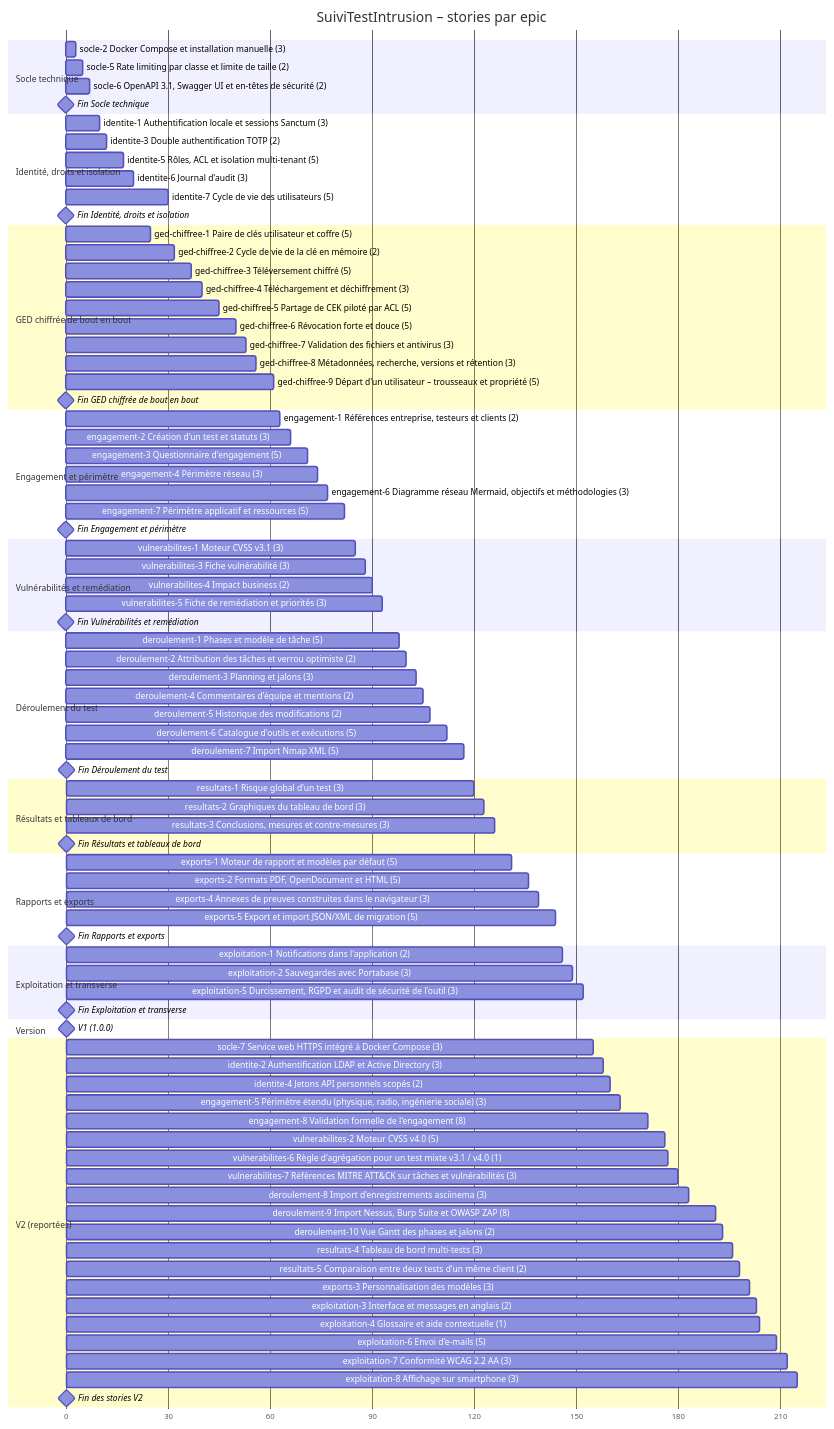
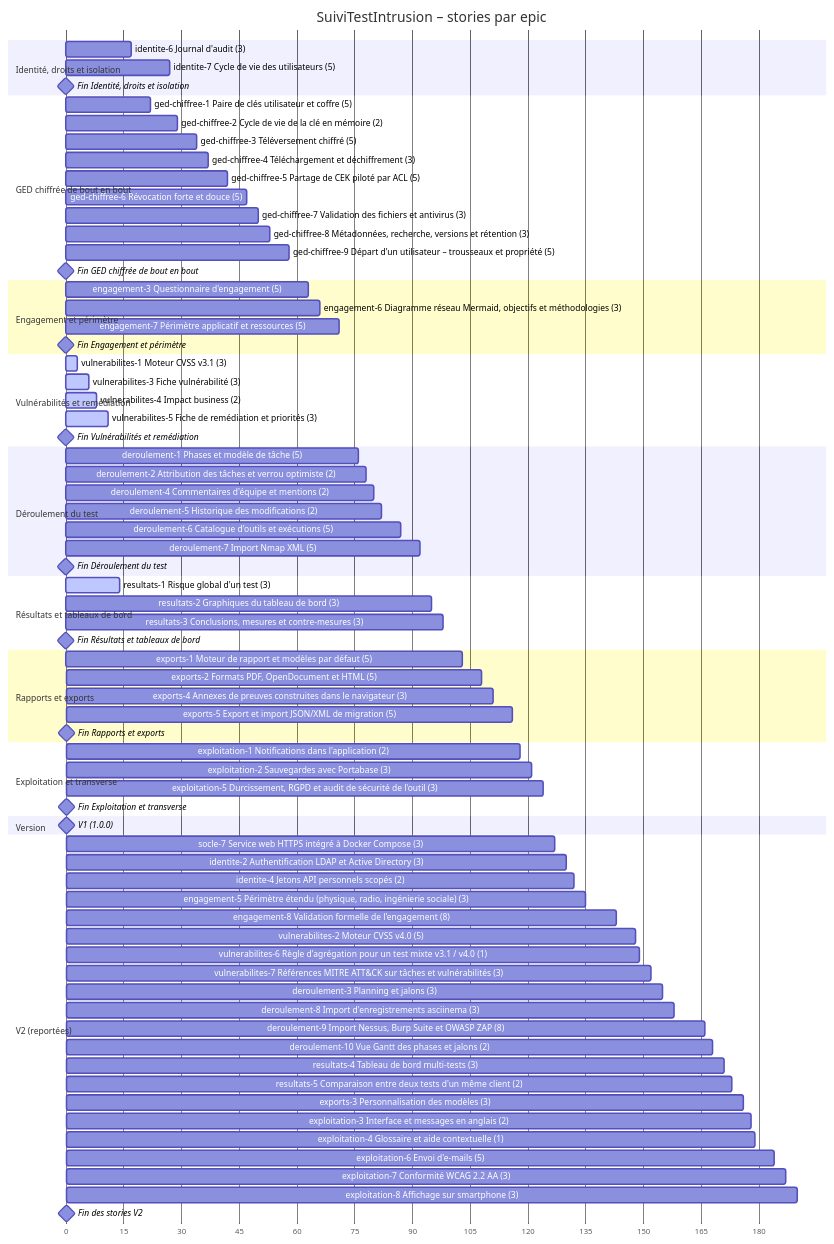
One commit to ILPlais/SuiviTestIntrusion changed the second of 2 diagrams in docs/20-29 Développement/22 Planification/22.01 Planification du développement.md. Above: the diagram before and after it, drawn with Mermaid. The commit also changed other lines of this file and 4 other files, not shown here.

````diff
--- a/docs/20-29 Développement/22 Planification/22.01 Planification du développement.md
+++ b/docs/20-29 Développement/22 Planification/22.01 Planification du développement.md
@@ -75,89 +74,78 @@
     title SuiviTestIntrusion – stories par epic
     dateFormat X
     axisFormat %s
-    section Socle technique
-    socle-2 Docker Compose et installation manuelle (3) :socle_2, 0, 3
-    socle-5 Rate limiting par classe et limite de taille (2) :socle_5, 3, 5
-    socle-6 OpenAPI 3.1, Swagger UI et en-têtes de sécurité (2) :socle_6, 5, 7
-    Fin Socle technique :milestone, m_socle, 7, 0d
     section Identité, droits et isolation
-    identite-1 Authentification locale et sessions Sanctum (3) :identite_1, 7, 10
-    identite-3 Double authentification TOTP (2) :identite_3, 10, 12
-    identite-5 Rôles, ACL et isolation multi-tenant (5) :identite_5, 12, 17
-    identite-6 Journal d'audit (3) :identite_6, 17, 20
-    identite-7 Cycle de vie des utilisateurs (5) :identite_7, 25, 30
-    Fin Identité, droits et isolation :milestone, m_identite, 30, 0d
+    identite-6 Journal d'audit (3) :identite_6, 14, 17
+    identite-7 Cycle de vie des utilisateurs (5) :identite_7, 22, 27
+    Fin Identité, droits et isolation :milestone, m_identite, 27, 0d
     section GED chiffrée de bout en bout
-    ged-chiffree-1 Paire de clés utilisateur et coffre (5) :ged_chiffree_1, 20, 25
-    ged-chiffree-2 Cycle de vie de la clé en mémoire (2) :ged_chiffree_2, 30, 32
-    ged-chiffree-3 Téléversement chiffré (5) :ged_chiffree_3, 32, 37
-    ged-chiffree-4 Téléchargement et déchiffrement (3) :ged_chiffree_4, 37, 40
-    ged-chiffree-5 Partage de CEK piloté par ACL (5) :ged_chiffree_5, 40, 45
-    ged-chiffree-6 Révocation forte et douce (5) :ged_chiffree_6, 45, 50
-    ged-chiffree-7 Validation des fichiers et antivirus (3) :ged_chiffree_7, 50, 53
-    ged-chiffree-8 Métadonnées, recherche, versions et rétention (3) :ged_chiffree_8, 53, 56
-    ged-chiffree-9 Départ d'un utilisateur – trousseaux et propriété (5) :ged_chiffree_9, 56, 61
-    Fin GED chiffrée de bout en bout :milestone, m_ged_chiffree, 61, 0d
+    ged-chiffree-1 Paire de clés utilisateur et coffre (5) :ged_chiffree_1, 17, 22
+    ged-chiffree-2 Cycle de vie de la clé en mémoire (2) :ged_chiffree_2, 27, 29
+    ged-chiffree-3 Téléversement chiffré (5) :ged_chiffree_3, 29, 34
+    ged-chiffree-4 Téléchargement et déchiffrement (3) :ged_chiffree_4, 34, 37
+    ged-chiffree-5 Partage de CEK piloté par ACL (5) :ged_chiffree_5, 37, 42
+    ged-chiffree-6 Révocation forte et douce (5) :ged_chiffree_6, 42, 47
+    ged-chiffree-7 Validation des fichiers et antivirus (3) :ged_chiffree_7, 47, 50
+    ged-chiffree-8 Métadonnées, recherche, versions et rétention (3) :ged_chiffree_8, 50, 53
+    ged-chiffree-9 Départ d'un utilisateur  – trousseaux et propriété (5) :ged_chiffree_9, 53, 58
+    Fin GED chiffrée de bout en bout :milestone, m_ged_chiffree, 58, 0d
     section Engagement et périmètre
-    engagement-1 Références entreprise, testeurs et clients (2) :engagement_1, 61, 63
-    engagement-2 Création d'un test et statuts (3) :engagement_2, 63, 66
-    engagement-3 Questionnaire d'engagement (5) :engagement_3, 66, 71
-    engagement-4 Périmètre réseau (3) :engagement_4, 71, 74
-    engagement-6 Diagramme réseau Mermaid, objectifs et méthodologies (3) :engagement_6, 74, 77
-    engagement-7 Périmètre applicatif et ressources (5) :engagement_7, 77, 82
-    Fin Engagement et périmètre :milestone, m_engagement, 82, 0d
+    engagement-3 Questionnaire d'engagement (5) :engagement_3, 58, 63
+    engagement-6 Diagramme réseau Mermaid, objectifs et méthodologies (3) :engagement_6, 63, 66
+    engagement-7 Périmètre applicatif et ressources (5) :engagement_7, 66, 71
+    Fin Engagement et périmètre :milestone, m_engagement, 71, 0d
     section Vulnérabilités et remédiation
-    vulnerabilites-1 Moteur CVSS v3.1 (3) :vulnerabilites_1, 82, 85
-    vulnerabilites-3 Fiche vulnérabilité (3) :vulnerabilites_3, 85, 88
-    vulnerabilites-4 Impact business (2) :vulnerabilites_4, 88, 90
-    vulnerabilites-5 Fiche de remédiation et priorités (3) :vulnerabilites_5, 90, 93
-    Fin Vulnérabilités et remédiation :milestone, m_vulnerabilites, 93, 0d
+    vulnerabilites-1 Moteur CVSS v3.1 (3) :active, vulnerabilites_1, 0, 3
+    vulnerabilites-3 Fiche vulnérabilité (3) :active, vulnerabilites_3, 3, 6
+    vulnerabilites-4 Impact business (2) :active, vulnerabilites_4, 6, 8
+    vulnerabilites-5 Fiche de remédiation et priorités (3) :active, vulnerabilites_5, 8, 11
+    Fin Vulnérabilités et remédiation :milestone, m_vulnerabilites, 11, 0d
     section Déroulement du test
-    deroulement-1 Phases et modèle de tâche (5) :deroulement_1, 93, 98
-    deroulement-2 Attribution des tâches et verrou optimiste (2) :deroulement_2, 98, 100
-    deroulement-3 Planning et jalons (3) :deroulement_3, 100, 103
-    deroulement-4 Commentaires d'équipe et mentions (2) :deroulement_4, 103, 105
-    deroulement-5 Historique des modifications (2) :deroulement_5, 105, 107
-    deroulement-6 Catalogue d'outils et exécutions (5) :deroulement_6, 107, 112
-    deroulement-7 Import Nmap XML (5) :deroulement_7, 112, 117
-    Fin Déroulement du test :milestone, m_deroulement, 117, 0d
+    deroulement-1 Phases et modèle de tâche (5) :deroulement_1, 71, 76
+    deroulement-2 Attribution des tâches et verrou optimiste (2) :deroulement_2, 76, 78
+    deroulement-4 Commentaires d'équipe et mentions (2) :deroulement_4, 78, 80
+    deroulement-5 Historique des modifications (2) :deroulement_5, 80, 82
+    deroulement-6 Catalogue d'outils et exécutions (5) :deroulement_6, 82, 87
+    deroulement-7 Import Nmap XML (5) :deroulement_7, 87, 92
+    Fin Déroulement du test :milestone, m_deroulement, 92, 0d
     section Résultats et tableaux de bord
-    resultats-1 Risque global d'un test (3) :resultats_1, 117, 120
-    resultats-2 Graphiques du tableau de bord (3) :resultats_2, 120, 123
-    resultats-3 Conclusions, mesures et contre-mesures (3) :resultats_3, 123, 126
-    Fin Résultats et tableaux de bord :milestone, m_resultats, 126, 0d
+    resultats-1 Risque global d'un test (3) :active, resultats_1, 11, 14
+    resultats-2 Graphiques du tableau de bord (3) :resultats_2, 92, 95
+    resultats-3 Conclusions, mesures et contre-mesures (3) :resultats_3, 95, 98
+    Fin Résultats et tableaux de bord :milestone, m_resultats, 98, 0d
     section Rapports et exports
-    exports-1 Moteur de rapport et modèles par défaut (5) :exports_1, 126, 131
-    exports-2 Formats PDF, OpenDocument et HTML (5) :exports_2, 131, 136
-    exports-4 Annexes de preuves construites dans le navigateur (3) :exports_4, 136, 139
-    exports-5 Export et import JSON/XML de migration (5) :exports_5, 139, 144
-    Fin Rapports et exports :milestone, m_exports, 144, 0d
+    exports-1 Moteur de rapport et modèles par défaut (5) :exports_1, 98, 103
+    exports-2 Formats PDF, OpenDocument et HTML (5) :exports_2, 103, 108
+    exports-4 Annexes de preuves construites dans le navigateur (3) :exports_4, 108, 111
+    exports-5 Export et import JSON/XML de migration (5) :exports_5, 111, 116
+    Fin Rapports et exports :milestone, m_exports, 116, 0d
     section Exploitation et transverse
-    exploitation-1 Notifications dans l'application (2) :exploitation_1, 144, 146
-    exploitation-2 Sauvegardes avec Portabase (3) :exploitation_2, 146, 149
-    exploitation-5 Durcissement, RGPD et audit de sécurité de l'outil (3) :exploitation_5, 149, 152
-    Fin Exploitation et transverse :milestone, m_exploitation, 152, 0d
+    exploitation-1 Notifications dans l'application (2) :exploitation_1, 116, 118
+    exploitation-2 Sauvegardes avec Portabase (3) :exploitation_2, 118, 121
+    exploitation-5 Durcissement, RGPD et audit de sécurité de l'outil (3) :exploitation_5, 121, 124
+    Fin Exploitation et transverse :milestone, m_exploitation, 124, 0d
     section Version
-    V1 (1.0.0) :milestone, v1d, 152, 0d
+    V1 (1.0.0) :milestone, v1d, 124, 0d
     section V2 (reportées)
-    socle-7 Service web HTTPS intégré à Docker Compose (3) :socle_7, 152, 155
-    identite-2 Authentification LDAP et Active Directory (3) :identite_2, 155, 158
-    identite-4 Jetons API personnels scopés (2) :identite_4, 158, 160
-    engagement-5 Périmètre étendu (physique, radio, ingénierie sociale) (3) :engagement_5, 160, 163
-    engagement-8 Validation formelle de l'engagement (8) :engagement_8, 163, 171
-    vulnerabilites-2 Moteur CVSS v4.0 (5) :vulnerabilites_2, 171, 176
-    vulnerabilites-6 Règle d'agrégation pour un test mixte v3.1 / v4.0 (1) :vulnerabilites_6, 176, 177
-    vulnerabilites-7 Références MITRE ATT&CK sur tâches et vulnérabilités (3) :vulnerabilites_7, 177, 180
-    deroulement-8 Import d'enregistrements asciinema (3) :deroulement_8, 180, 183
-    deroulement-9 Import Nessus, Burp Suite et OWASP ZAP (8) :deroulement_9, 183, 191
-    deroulement-10 Vue Gantt des phases et jalons (2) :deroulement_10, 191, 193
-    resultats-4 Tableau de bord multi-tests (3) :resultats_4, 193, 196
-    resultats-5 Comparaison entre deux tests d'un même client (2) :resultats_5, 196, 198
-    exports-3 Personnalisation des modèles (3) :exports_3, 198, 201
-    exploitation-3 Interface et messages en anglais (2) :exploitation_3, 201, 203
-    exploitation-4 Glossaire et aide contextuelle (1) :exploitation_4, 203, 204
-    exploitation-6 Envoi d'e-mails (5) :exploitation_6, 204, 209
-    exploitation-7 Conformité WCAG 2.2 AA (3) :exploitation_7, 209, 212
-    exploitation-8 Affichage sur smartphone (3) :exploitation_8, 212, 215
-    Fin des stories V2 :milestone, v2d, 215, 0d
+    socle-7 Service web HTTPS intégré à Docker Compose (3) :socle_7, 124, 127
+    identite-2 Authentification LDAP et Active Directory (3) :identite_2, 127, 130
+    identite-4 Jetons API personnels scopés (2) :identite_4, 130, 132
+    engagement-5 Périmètre étendu (physique, radio, ingénierie sociale) (3) :engagement_5, 132, 135
+    engagement-8 Validation formelle de l'engagement (8) :engagement_8, 135, 143
+    vulnerabilites-2 Moteur CVSS v4.0 (5) :vulnerabilites_2, 143, 148
+    vulnerabilites-6 Règle d'agrégation pour un test mixte v3.1 / v4.0 (1) :vulnerabilites_6, 148, 149
+    vulnerabilites-7 Références MITRE ATT&CK sur tâches et vulnérabilités (3) :vulnerabilites_7, 149, 152
+    deroulement-3 Planning et jalons (3) :deroulement_3, 152, 155
+    deroulement-8 Import d'enregistrements asciinema (3) :deroulement_8, 155, 158
+    deroulement-9 Import Nessus, Burp Suite et OWASP ZAP (8) :deroulement_9, 158, 166
+    deroulement-10 Vue Gantt des phases et jalons (2) :deroulement_10, 166, 168
+    resultats-4 Tableau de bord multi-tests (3) :resultats_4, 168, 171
+    resultats-5 Comparaison entre deux tests d'un même client (2) :resultats_5, 171, 173
+    exports-3 Personnalisation des modèles (3) :exports_3, 173, 176
+    exploitation-3 Interface et messages en anglais (2) :exploitation_3, 176, 178
+    exploitation-4 Glossaire et aide contextuelle (1) :exploitation_4, 178, 179
+    exploitation-6 Envoi d'e-mails (5) :exploitation_6, 179, 184
+    exploitation-7 Conformité WCAG 2.2 AA (3) :exploitation_7, 184, 187
+    exploitation-8 Affichage sur smartphone (3) :exploitation_8, 187, 190
+    Fin des stories V2 :milestone, v2d, 190, 0d
 ```
````
